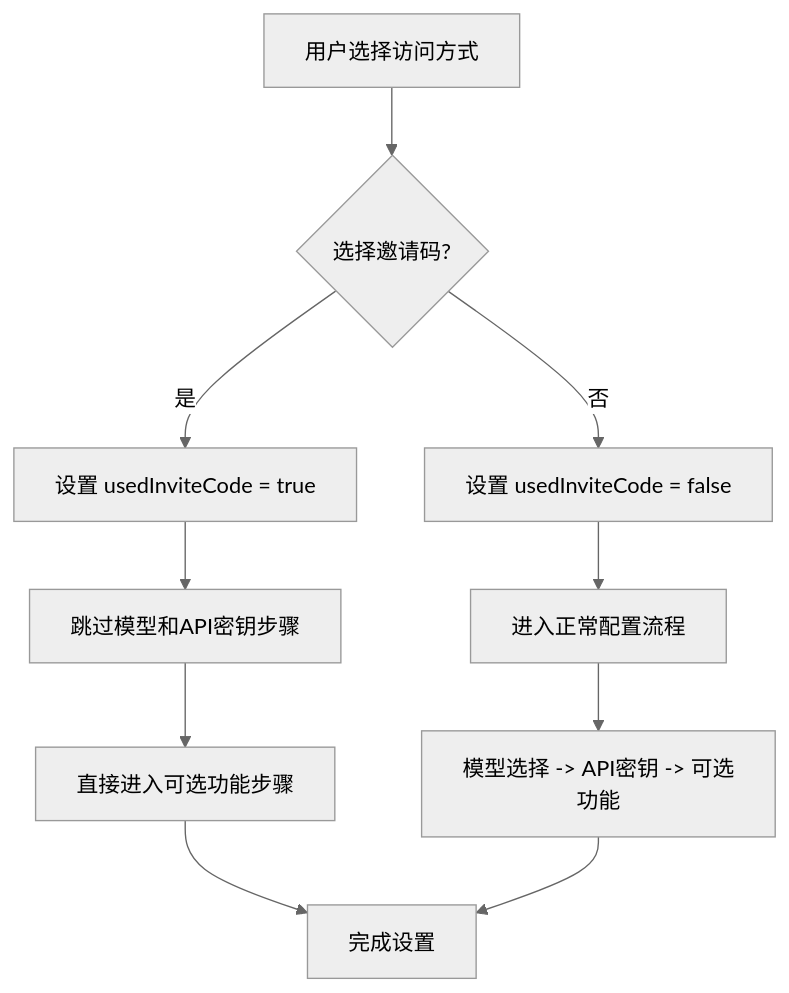
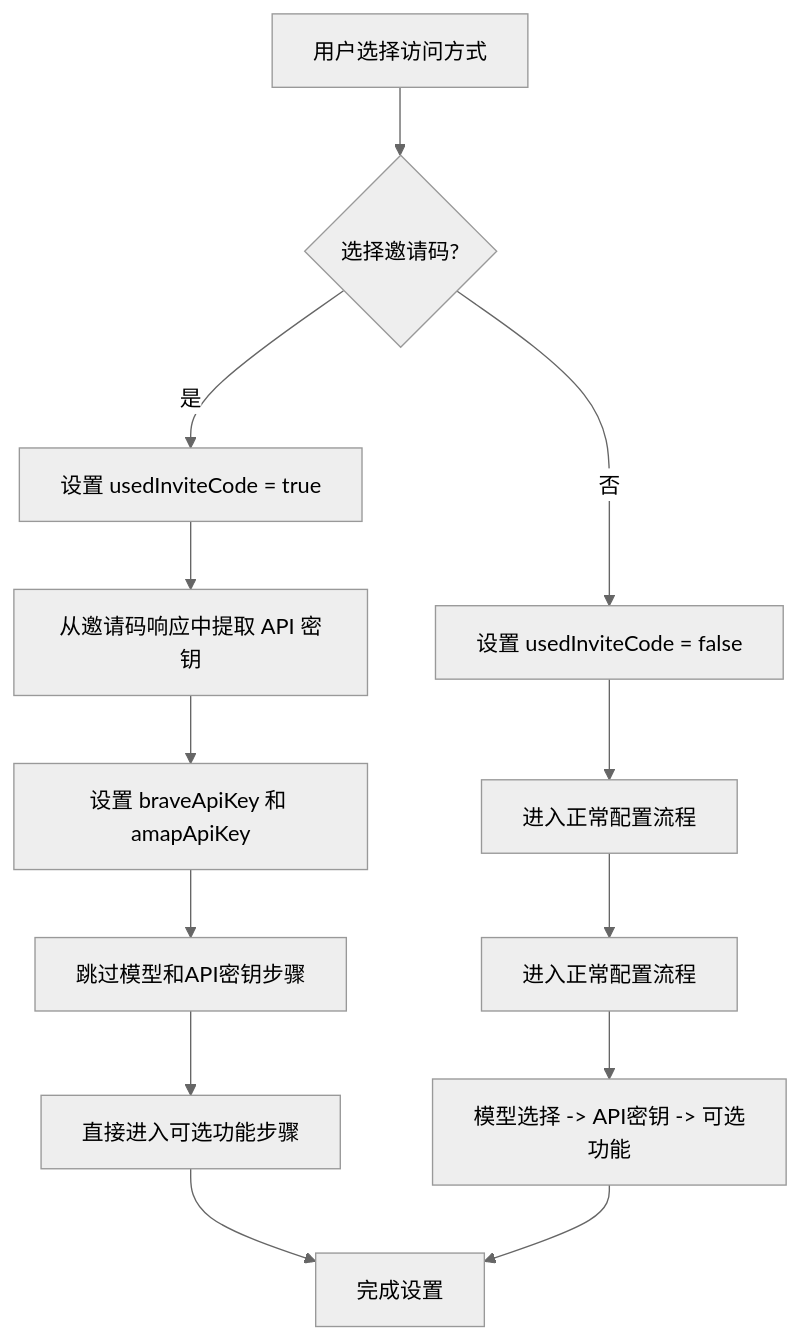
One commit to verse-ai-org/openclaw changed the ninth of 14 diagrams in .qoder/repowiki/zh/content/设置向导状态管理.md. Above: the diagram before and after it, drawn with Mermaid (neutral theme). The commit also changed other lines of this file and 7 other files, not shown here.

````diff
--- a/.qoder/repowiki/zh/content/设置向导状态管理.md
+++ b/.qoder/repowiki/zh/content/设置向导状态管理.md
@@ -359,12 +387,15 @@
 ```mermaid
 flowchart TD
 A[用户选择访问方式] --> B{选择邀请码?}
 B --> |是| C[设置 usedInviteCode = true]
 B --> |否| D[设置 usedInviteCode = false]
-C --> E[跳过模型和API密钥步骤]
-D --> F[进入正常配置流程]
-E --> G[直接进入可选功能步骤]
-F --> H[模型选择 -> API密钥 -> 可选功能]
-G --> I[完成设置]
-H --> I
+C --> E[从邀请码响应中提取 API 密钥]
+E --> F[设置 braveApiKey 和 amapApiKey]
+D --> G[进入正常配置流程]
+F --> H[跳过模型和API密钥步骤]
+G --> I[进入正常配置流程]
+H --> J[直接进入可选功能步骤]
+I --> K[模型选择 -> API密钥 -> 可选功能]
+J --> L[完成设置]
+K --> L
 ```
````
